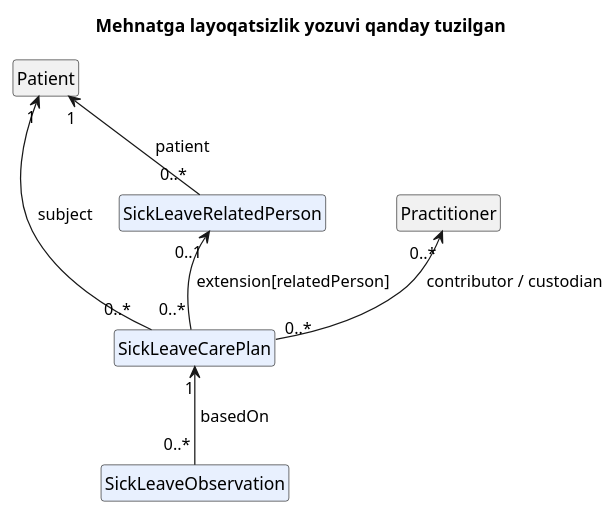
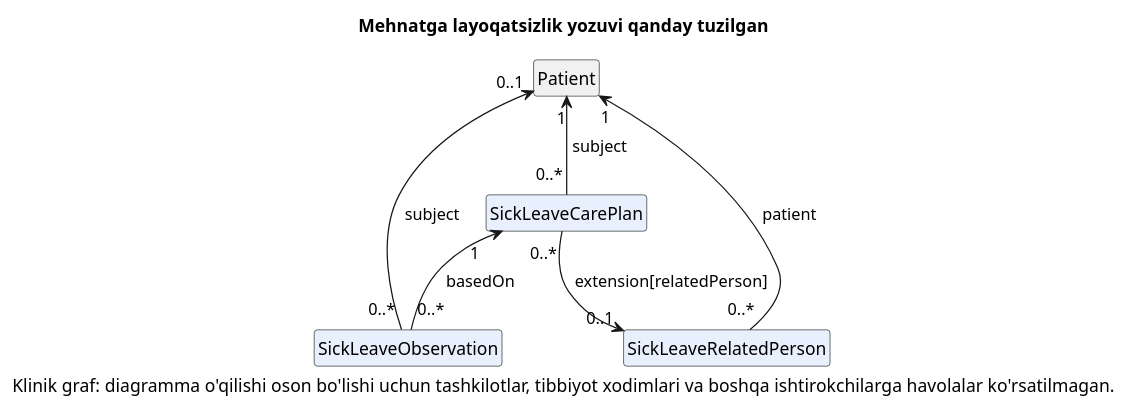
The diagram in input/images-source/sick-leave-model-uz.plantuml (icmrnbw/digital-health-integration), drawn with PlantUML before and after one commit. The commit also changed 29 other files, not shown here.

First line of the commit message:
Integration diagrams: all profiles, clinical graph (#104)

```diff
--- a/input/images-source/sick-leave-model-uz.plantuml
+++ b/input/images-source/sick-leave-model-uz.plantuml
@@ -1,18 +1,19 @@
 @startuml sick-leave-model-uz
 hide circle
 hide empty members
 title Mehnatga layoqatsizlik yozuvi qanday tuzilgan
 
-class SickLeaveObservation [[StructureDefinition-sick-leave-observation.html{Sick Leave Observation profilini ochish}]] #E8F0FE
-class SickLeaveCarePlan [[StructureDefinition-sick-leave-careplan.html{Sick Leave CarePlan profilini ochish}]] #E8F0FE
-class SickLeaveRelatedPerson [[StructureDefinition-sick-leave-related-person.html{Sick Leave Related Person profilini ochish}]] #E8F0FE
 class Patient [[https://dhp.uz/fhir/core/StructureDefinition-uz-core-patient.html{UZ Core Patient profilini ochish}]]
-class Practitioner [[https://dhp.uz/fhir/core/StructureDefinition-uz-core-practitioner.html{UZ Core Practitioner profilini ochish}]]
+class SickLeaveCarePlan [[StructureDefinition-sick-leave-careplan.html{SickLeaveCarePlan profilini ochish}]] #E8F0FE
+class SickLeaveObservation [[StructureDefinition-sick-leave-observation.html{SickLeaveObservation profilini ochish}]] #E8F0FE
+class SickLeaveRelatedPerson [[StructureDefinition-sick-leave-related-person.html{SickLeaveRelatedPerson profilini ochish}]] #E8F0FE
 
+Patient "1" <-- "0..*" SickLeaveCarePlan : « subject »
+Patient "0..1" <-- "0..*" SickLeaveObservation : « subject »
+Patient "1" <-- "0..*" SickLeaveRelatedPerson : « patient »
 SickLeaveCarePlan "1" <-- "0..*" SickLeaveObservation : « basedOn »
-Patient "1" <-- "0..*" SickLeaveCarePlan : « subject »
-Practitioner "0..*" <-- "0..*" SickLeaveCarePlan : « contributor / custodian »
-SickLeaveRelatedPerson "0..1" <-- "0..*" SickLeaveCarePlan : « extension[relatedPerson] »
-Patient "1" <-- "0..*" SickLeaveRelatedPerson : « patient »
+SickLeaveCarePlan "0..*" --> "0..1" SickLeaveRelatedPerson : « extension[relatedPerson] »
+
+caption Klinik graf: diagramma o'qilishi oson bo'lishi uchun tashkilotlar, tibbiyot xodimlari va boshqa ishtirokchilarga havolalar ko'rsatilmagan.
 
 @enduml
```
